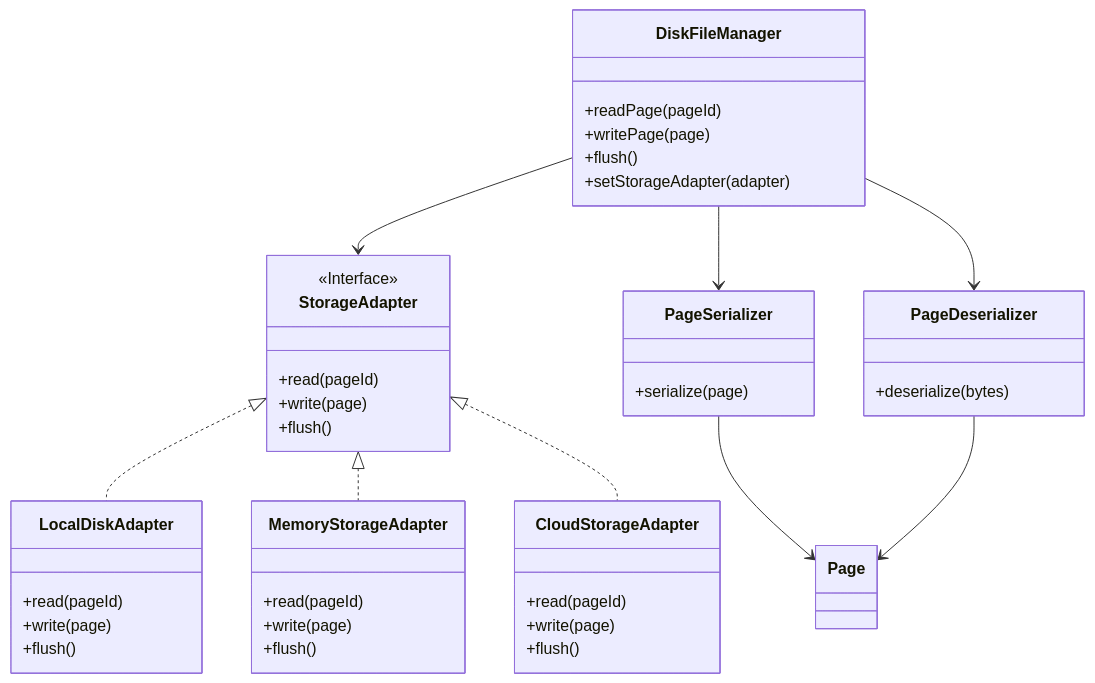
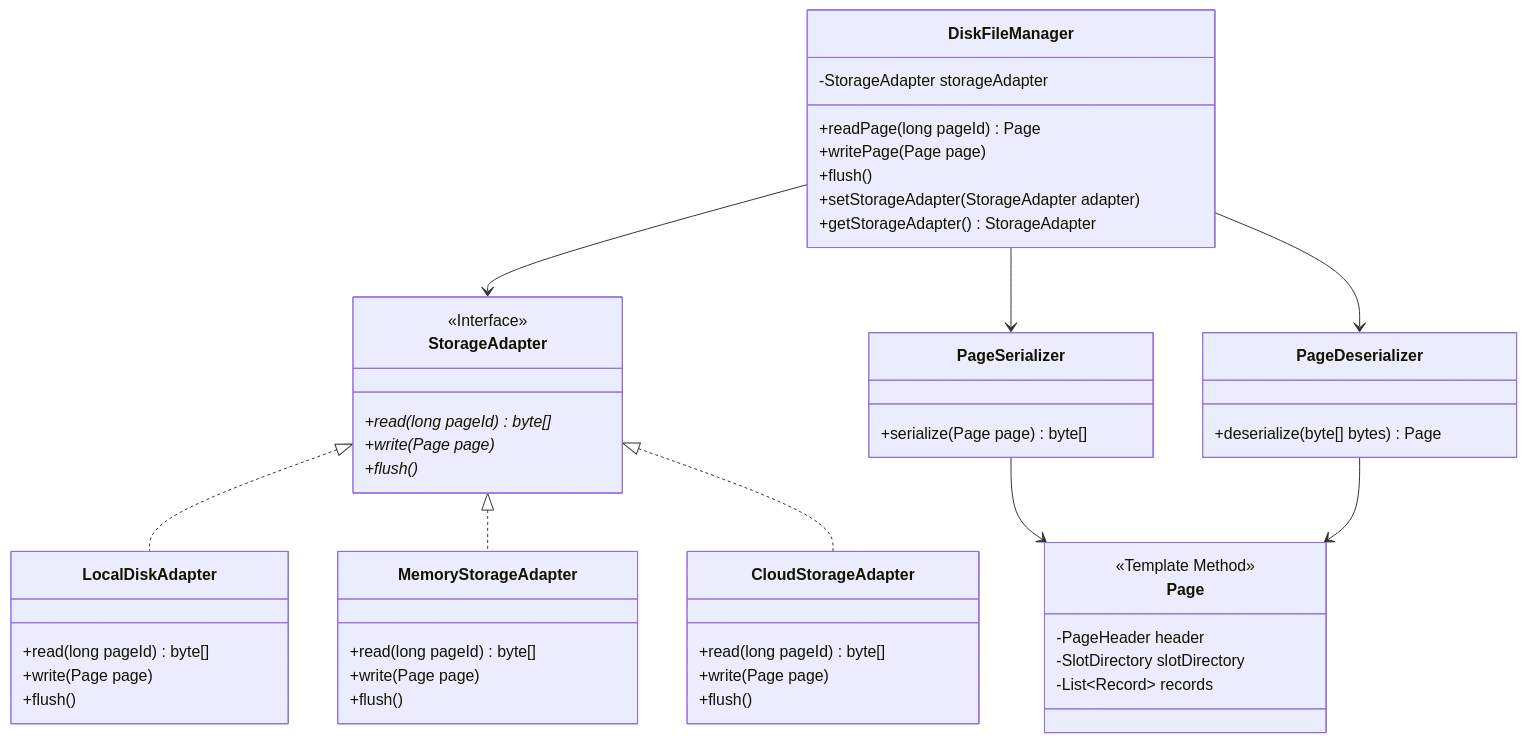
The diagram in docs/class_diagram/storage_engine/detail/DiskFileManagement.md (Dikhang1112/Database_Management_BBV), drawn with Mermaid before and after one commit. The commit also changed 36 other files, not shown here.

````diff
--- a/docs/class_diagram/storage_engine/detail/DiskFileManagement.md
+++ b/docs/class_diagram/storage_engine/detail/DiskFileManagement.md
@@ -1,66 +1,73 @@
 ```mermaid
 classDiagram
     direction TD
 
 %% =====================================================
 %% DISK FILE MANAGEMENT (Adapter & Template Method Pattern)
 %% =====================================================
 
 class DiskFileManager{
-+readPage(pageId)
-+writePage(page)
-+flush()
-+setStorageAdapter(adapter)
+    -StorageAdapter storageAdapter
+    +readPage(long pageId) Page
+    +writePage(Page page)
+    +flush()
+    +setStorageAdapter(StorageAdapter adapter)
+    +getStorageAdapter() StorageAdapter
 }
 
 class StorageAdapter{
-<<Interface>>
-<<Adapter>>
-+read(pageId)
-+write(page)
-+flush()
+    <<Interface>>
+    <<Adapter>>
+    +read(long pageId)* byte[]
+    +write(Page page)*
+    +flush()*
 }
 
 class LocalDiskAdapter{
-+read(pageId)
-+write(page)
-+flush()
+    +read(long pageId) byte[]
+    +write(Page page)
+    +flush()
 }
 
 class MemoryStorageAdapter{
-+read(pageId)
-+write(page)
-+flush()
+    +read(long pageId) byte[]
+    +write(Page page)
+    +flush()
 }
 
 class CloudStorageAdapter{
-+read(pageId)
-+write(page)
-+flush()
+    +read(long pageId) byte[]
+    +write(Page page)
+    +flush()
 }
 
 class PageSerializer{
-+serialize(page)
+    +serialize(Page page) byte[]
 }
 
 class PageDeserializer{
-+deserialize(bytes)
+    +deserialize(byte[] bytes) Page
 }
 
-class Page
+class Page{
+    <<Template Method>>
+    -PageHeader header
+    -SlotDirectory slotDirectory
+    -List~Record~ records
+}
 
 %% =====================================================
 %% RELATIONSHIPS
 %% =====================================================
 
 StorageAdapter <|.. LocalDiskAdapter
 StorageAdapter <|.. MemoryStorageAdapter
 StorageAdapter <|.. CloudStorageAdapter
 
 DiskFileManager --> StorageAdapter
 DiskFileManager --> PageSerializer
 DiskFileManager --> PageDeserializer
 
 PageSerializer --> Page
 PageDeserializer --> Page
 ```
````
